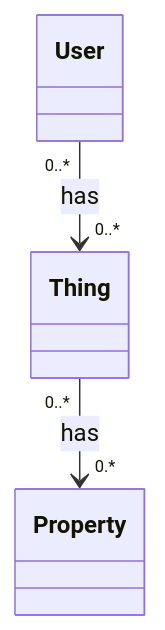
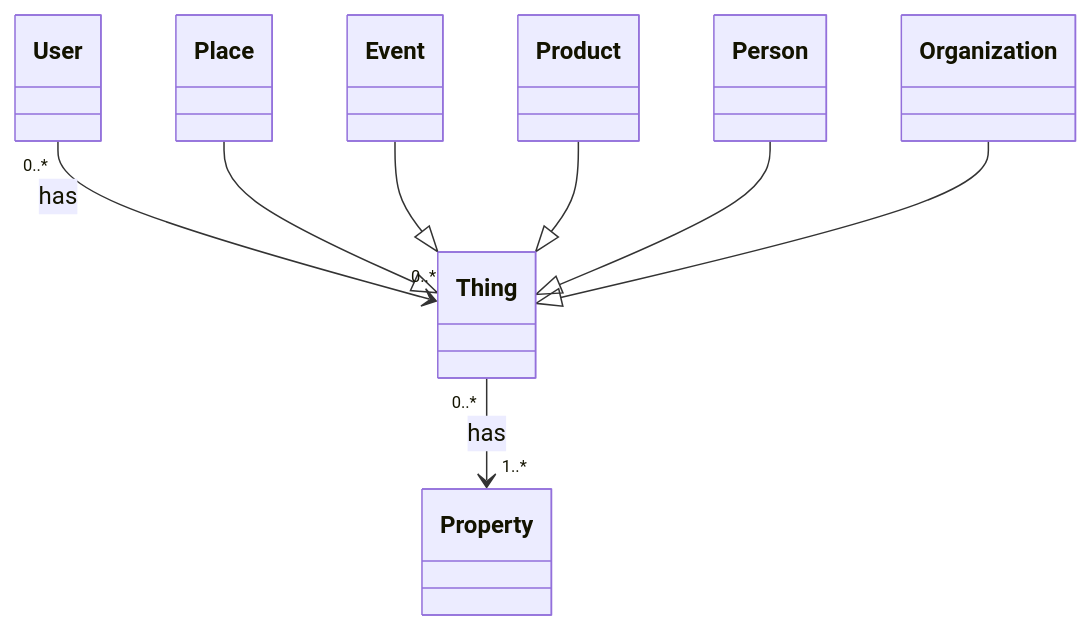
One commit to OpenDataSpace-io/docs changed the diagram in docs/de/08_concepts.md. Above: the diagram before and after it, drawn with Mermaid.

Commit message:
fix domain model with types

````diff
--- a/docs/de/08_concepts.md
+++ b/docs/de/08_concepts.md
@@ -7,15 +7,27 @@
 ```mermaid
 classDiagram
     class User{
 
     }
     class Thing{
 
     }
     class Property{
 
     }
 
-    Thing "0..*" --> "0.*" Property : has
+    class Place
+    class Event
+    class Product
+    class Person
+    class Organization
+
+    Thing "0..*" --> "1..*" Property : has
     User "0..*" --> "0..*" Thing : has
+    Place --|> Thing
+    Event --|> Thing
+    Product --|> Thing
+    Person --|> Thing
+    Organization --|> Thing
+
 ```
````
